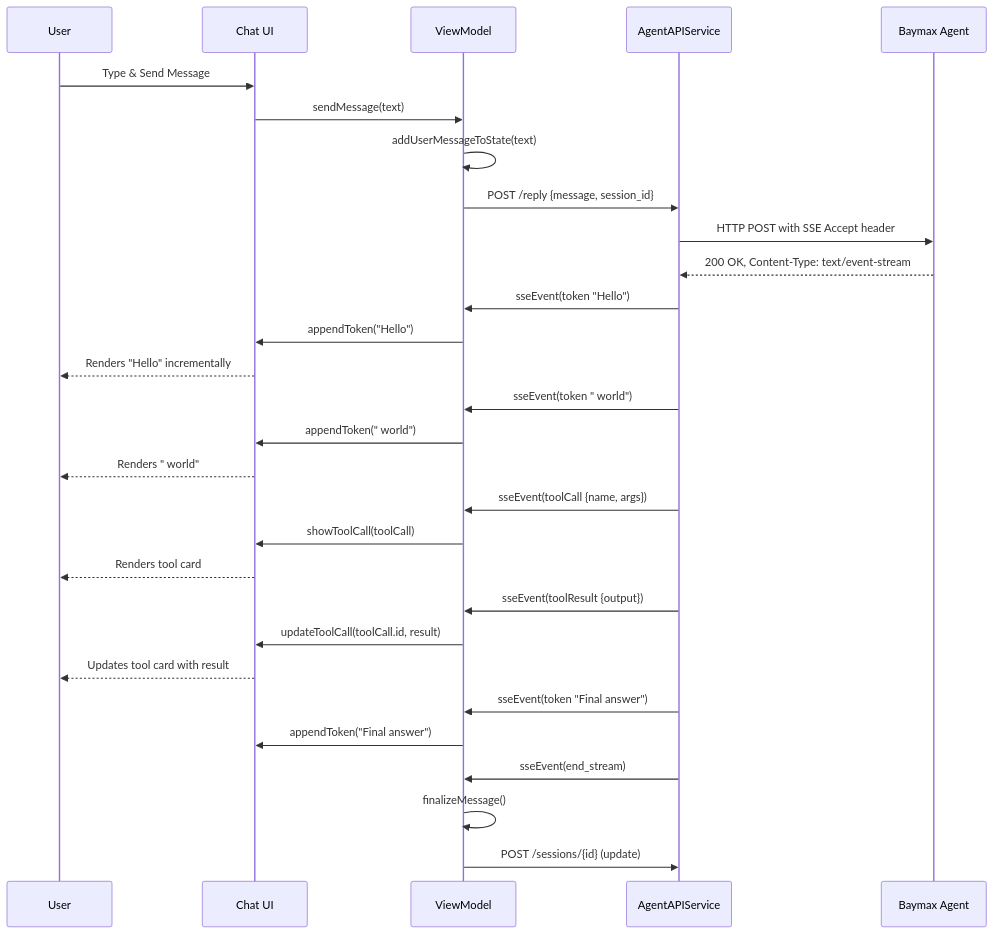
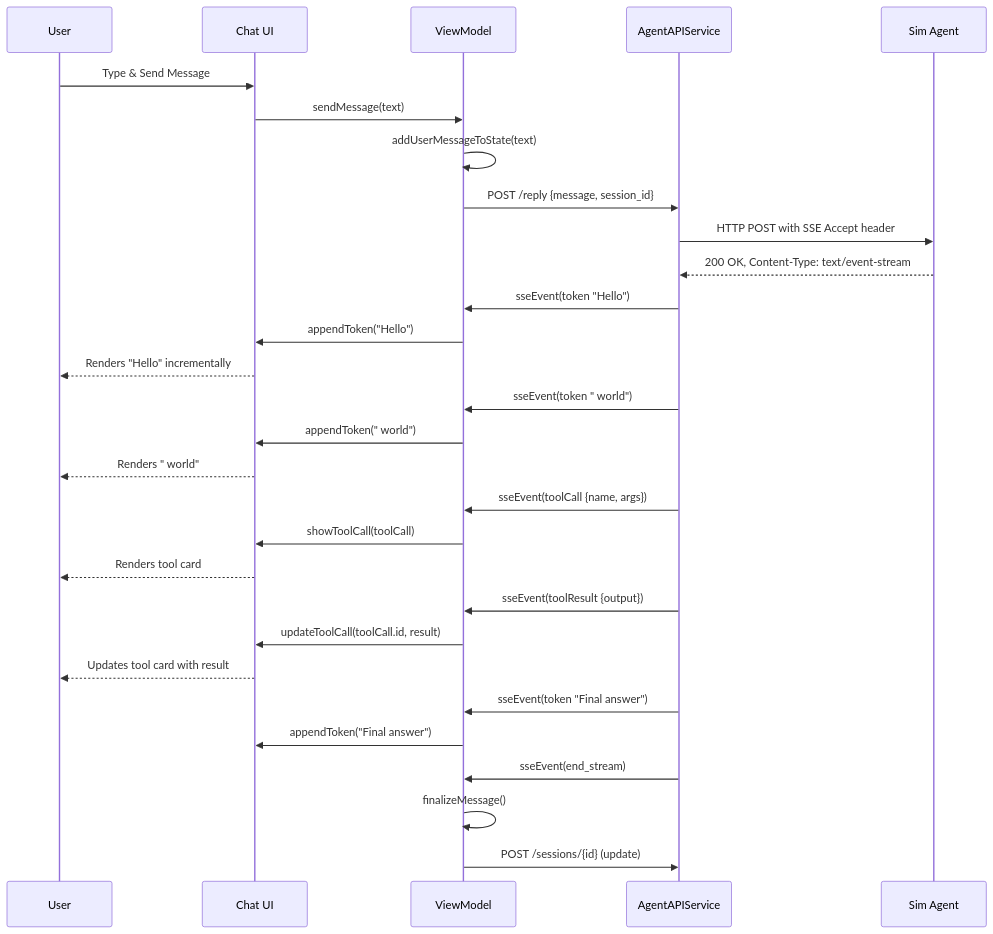
Before and after one commit to imagineerings/xor: the third of 4 diagrams in .agents/specs/mobile/mobile-core-infrastructure/design.md, drawn with Mermaid. The commit also changed other lines of this file and 1952 other files, not shown here.

Commit message:
chore: rename from baymax to sim (#61)

````diff
--- a/.agents/specs/mobile/mobile-core-infrastructure/design.md
+++ b/.agents/specs/mobile/mobile-core-infrastructure/design.md
@@ -152,40 +152,40 @@
 ```mermaid
 sequenceDiagram
     participant User
     participant UI as Chat UI
     participant VM as ViewModel
     participant API as AgentAPIService
-    participant Agent as Baymax Agent
+    participant Agent as Sim Agent
 
     User->>UI: Type & Send Message
     UI->>VM: sendMessage(text)
     VM->>VM: addUserMessageToState(text)
 
     VM->>API: POST /reply {message, session_id}
     API->>Agent: HTTP POST with SSE Accept header
 
     Agent-->>API: 200 OK, Content-Type: text/event-stream
 
     API->>VM: sseEvent(token "Hello")
     VM->>UI: appendToken("Hello")
     UI-->>User: Renders "Hello" incrementally
 
     API->>VM: sseEvent(token " world")
     VM->>UI: appendToken(" world")
     UI-->>User: Renders " world"
 
     API->>VM: sseEvent(toolCall {name, args})
     VM->>UI: showToolCall(toolCall)
     UI-->>User: Renders tool card
 
     API->>VM: sseEvent(toolResult {output})
     VM->>UI: updateToolCall(toolCall.id, result)
     UI-->>User: Updates tool card with result
 
     API->>VM: sseEvent(token "Final answer")
     VM->>UI: appendToken("Final answer")
 
     API->>VM: sseEvent(end_stream)
     VM->>VM: finalizeMessage()
     VM->>API: POST /sessions/{id} (update)
 ```
````
